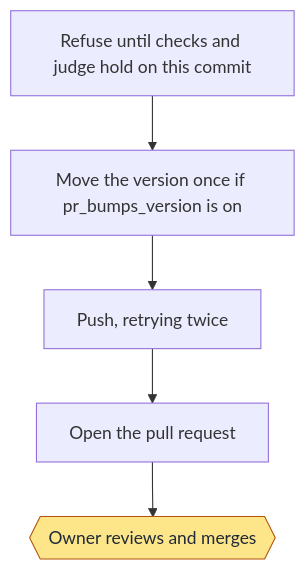
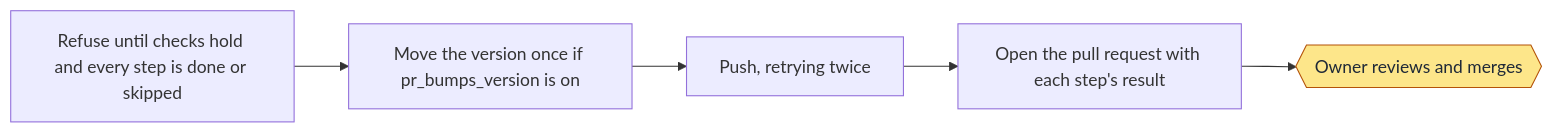
One commit to jcl2018/agent-workflow-template changed the eighth of 12 diagrams in docs/wiki/Delivery.md. Above: the diagram before and after it, drawn with Mermaid. The commit also changed other lines of this file and 32 other files, not shown here.

First line of the commit message:
Delivery runs your own skill flow, unattended

````diff
--- a/docs/wiki/Delivery.md
+++ b/docs/wiki/Delivery.md
@@ -249,14 +211,14 @@
 ```mermaid
-flowchart TD
-  a["Refuse until checks and judge hold on this commit"]
+flowchart LR
+  a["Refuse until checks hold and every step is done or skipped"]
   b["Move the version once if pr_bumps_version is on"]
   c["Push, retrying twice"]
-  d["Open the pull request"]
-  e{{"Owner reviews and merges"}}
+  d["Open the pull request with each step's result"]
+  o{{"Owner reviews and merges"}}
   a --> b
   b --> c
   c --> d
-  d --> e
+  d --> o
   classDef owner fill:#fde68a,stroke:#b45309,color:#1f2937
-  class e owner
+  class o owner
 ```
````
